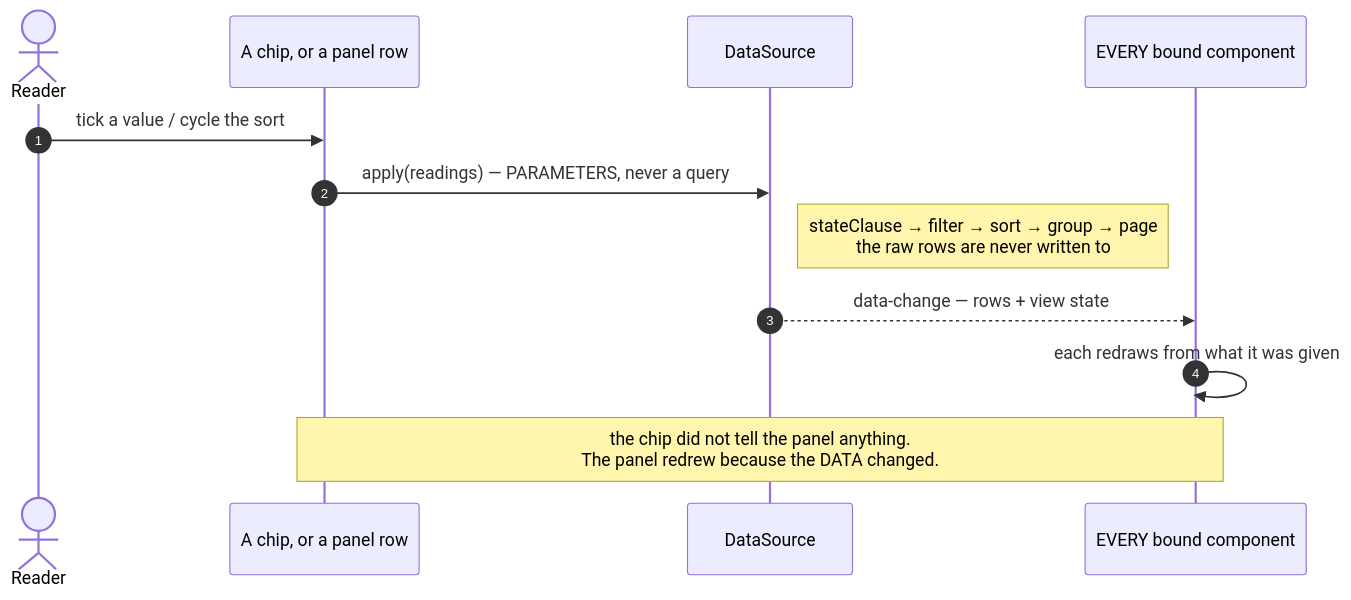
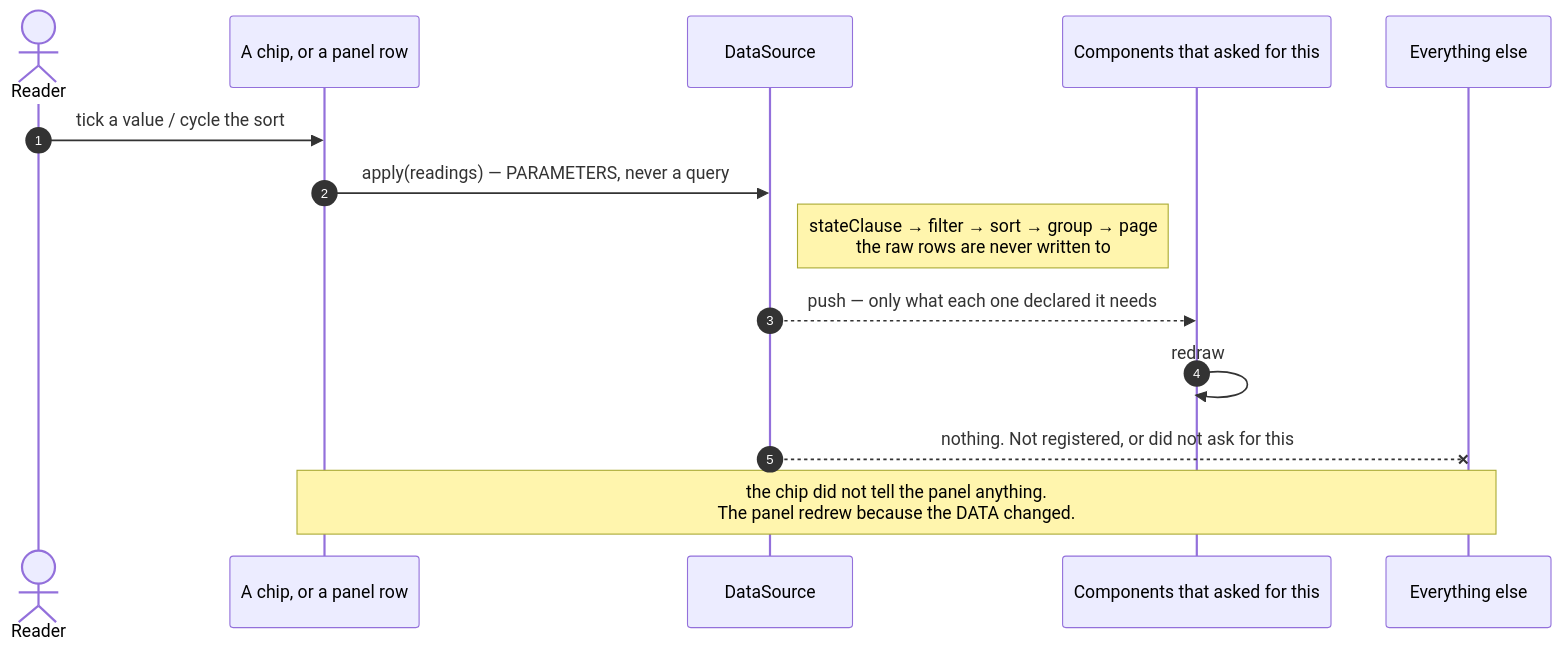
One commit to Mincher/sherpa-ui changed the third of 10 diagrams in docs/FILTER-REVIEW.md. Above: the diagram before and after it, drawn with Mermaid. The commit also changed other lines of this file, not shown here.

````diff
--- a/docs/FILTER-REVIEW.md
+++ b/docs/FILTER-REVIEW.md
@@ -547,15 +553,17 @@
 ```mermaid
 sequenceDiagram
   autonumber
   actor R as Reader
   participant C as A chip, or a panel row
   participant SRC as DataSource
-  participant ALL as EVERY bound component
+  participant SUB as Components that asked for this
+  participant OTH as Everything else
 
   R->>C: tick a value / cycle the sort
   C->>SRC: apply(readings) — PARAMETERS, never a query
   Note right of SRC: stateClause → filter → sort → group → page<br/>the raw rows are never written to
-  SRC-->>ALL: data-change — rows + view state
-  ALL->>ALL: each redraws from what it was given
-  Note over C,ALL: the chip did not tell the panel anything.<br/>The panel redrew because the DATA changed.
+  SRC-->>SUB: push — only what each one declared it needs
+  SUB->>SUB: redraw
+  SRC--xOTH: nothing. Not registered, or did not ask for this
+  Note over C,OTH: the chip did not tell the panel anything.<br/>The panel redrew because the DATA changed.
 ```
````
